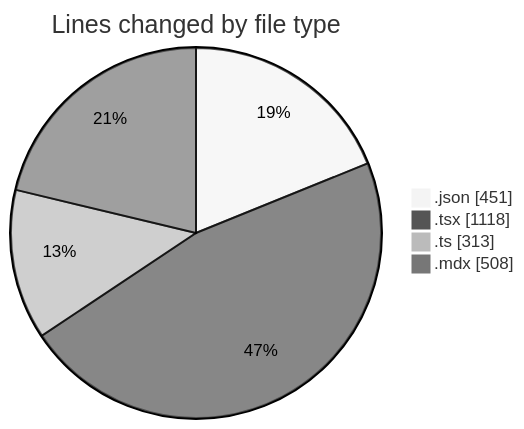
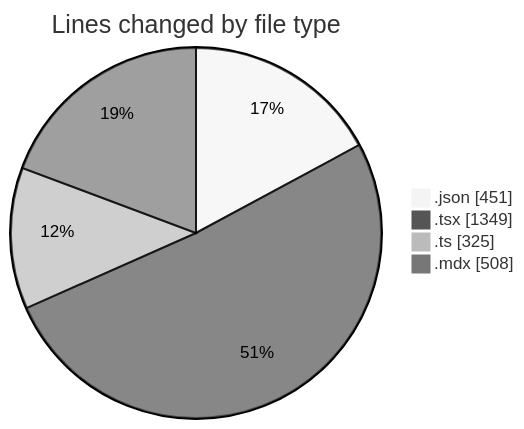
The first of 2 diagrams in 2025-05-01/niten/README.md (Elitesun/code-tracking), drawn with Mermaid (neutral theme) before and after one commit. The commit also changed other lines of this file and 1 other file, not shown here.

````diff
--- a/2025-05-01/niten/README.md
+++ b/2025-05-01/niten/README.md
@@ -45,8 +48,8 @@
 ```mermaid
 pie showData
 title Lines changed by file type
 ".json" : 451
-".tsx" : 1118
-".ts" : 313
+".tsx" : 1349
+".ts" : 325
 ".mdx" : 508
 ```
````
